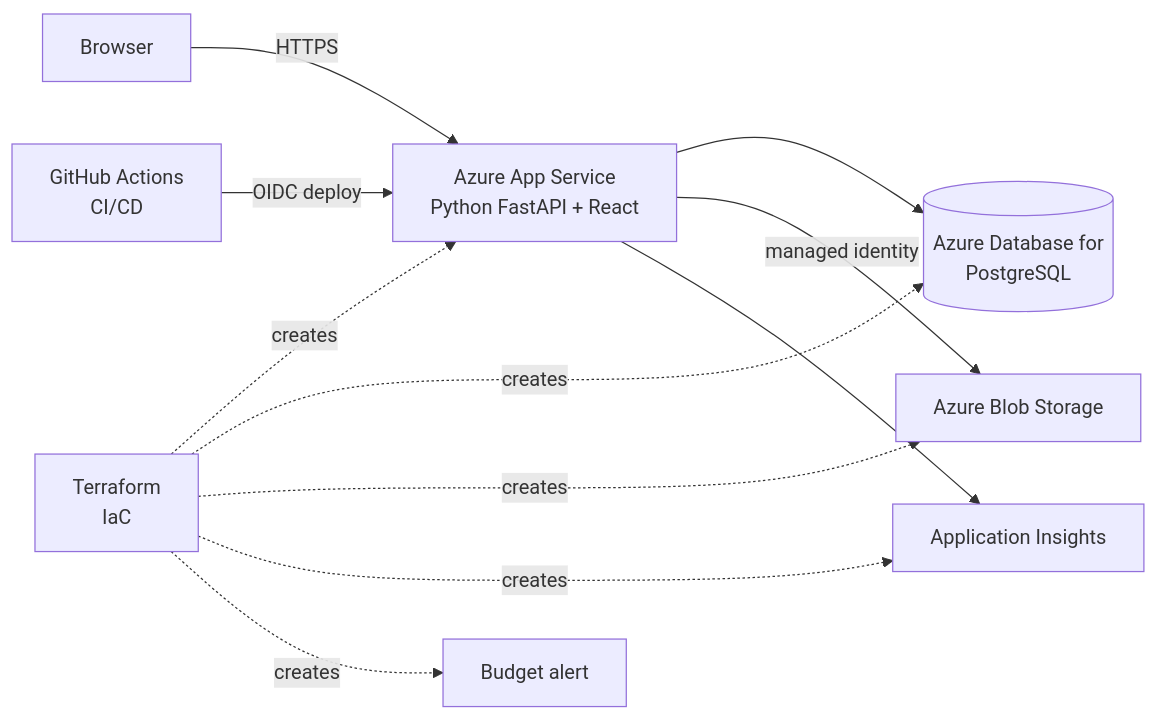
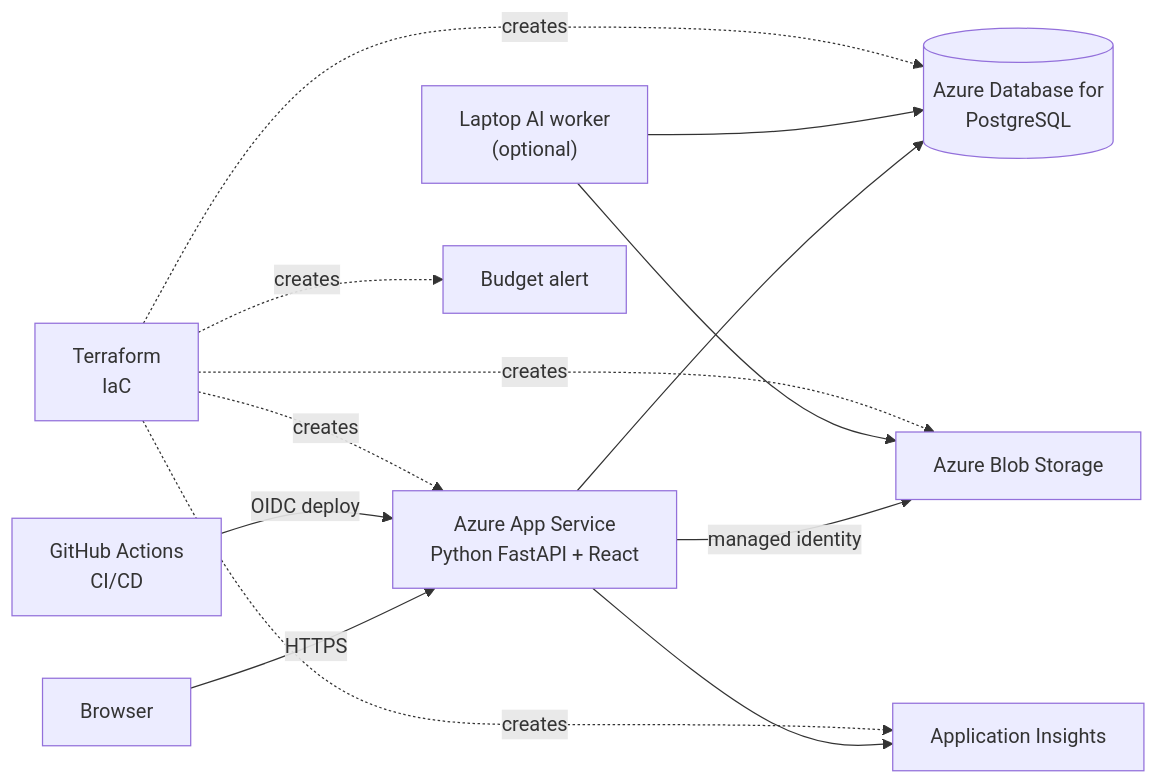
Before and after one commit to Arnav-Dugad/imagevault-ai: the diagram in README.md, drawn with Mermaid. The commit also changed other lines of this file and 35 other files, not shown here.

````diff
--- a/README.md
+++ b/README.md
@@ -30,9 +31,10 @@
 ```mermaid
 flowchart LR
     U["Browser"] -->|HTTPS| APP["Azure App Service<br/>Python FastAPI + React"]
     APP --> DB[("Azure Database for<br/>PostgreSQL")]
     APP -->|managed identity| BLOB["Azure Blob Storage"]
     APP --> AI["Application Insights"]
+    LAP["Laptop AI worker<br/>(optional)"] --> DB & BLOB
     GH["GitHub Actions<br/>CI/CD"] -->|OIDC deploy| APP
     TF["Terraform<br/>IaC"] -. creates .-> APP & DB & BLOB & AI & BUD["Budget alert"]
 ```
````
